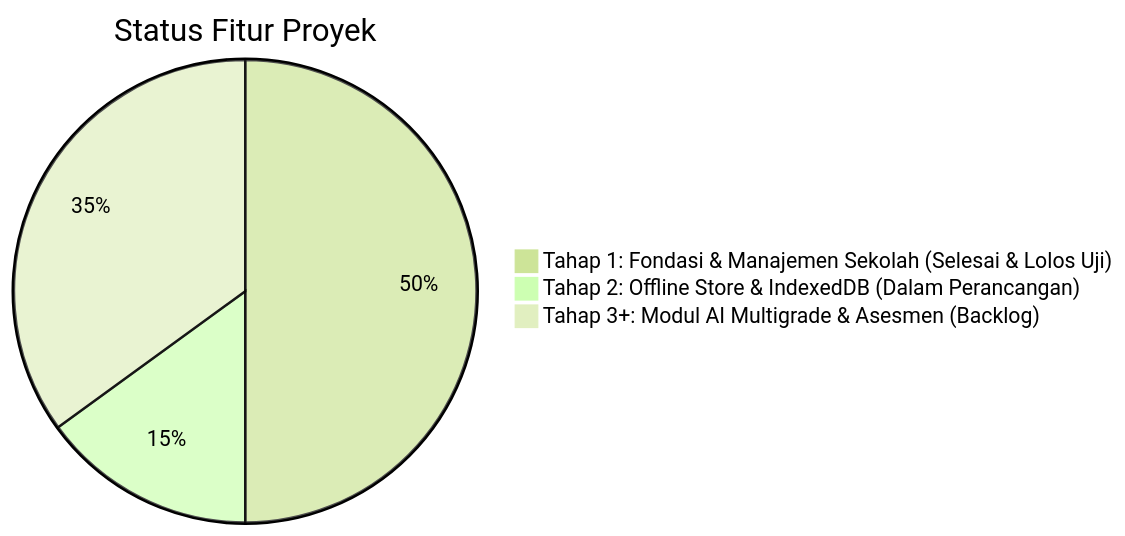
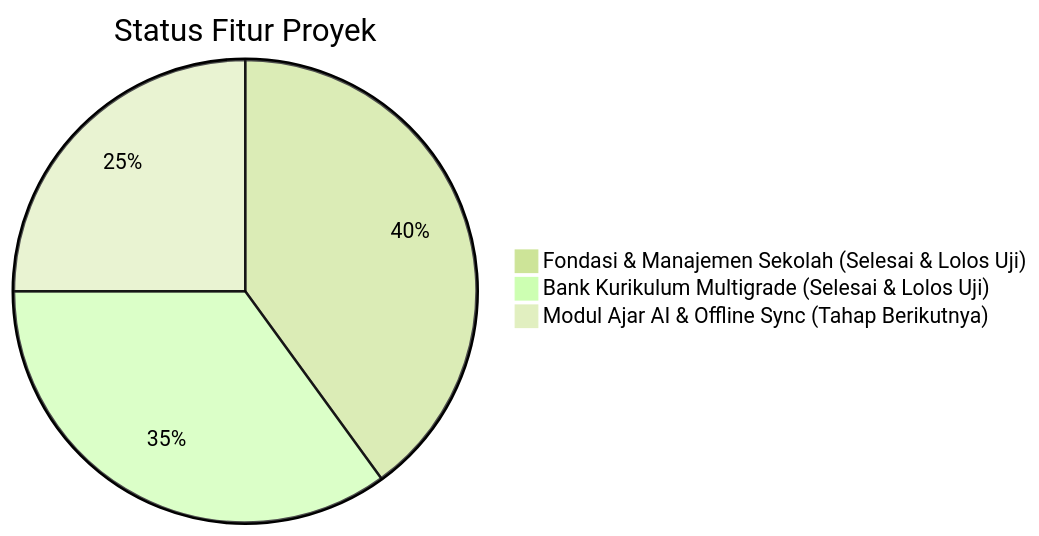
The diagram in IMPLEMENTATION_STATUS.md (akhshodikin/Multigrade-Cerdas), drawn with Mermaid (forest theme) before and after one commit. The commit also changed other lines of this file and 24 other files, not shown here.

Commit message:
feat(curriculum): implement Bank Kurikulum with source import, verbatim CP, TP, ATP, and versioning

````diff
--- a/IMPLEMENTATION_STATUS.md
+++ b/IMPLEMENTATION_STATUS.md
@@ -10,6 +10,6 @@
 ```mermaid
 pie title Status Fitur Proyek
-    "Tahap 1: Fondasi & Manajemen Sekolah (Selesai & Lolos Uji)" : 50
-    "Tahap 2: Offline Store & IndexedDB (Dalam Perancangan)" : 15
-    "Tahap 3+: Modul AI Multigrade & Asesmen (Backlog)" : 35
+    "Fondasi & Manajemen Sekolah (Selesai & Lolos Uji)" : 40
+    "Bank Kurikulum Multigrade (Selesai & Lolos Uji)" : 35
+    "Modul Ajar AI & Offline Sync (Tahap Berikutnya)" : 25
 ```
````
